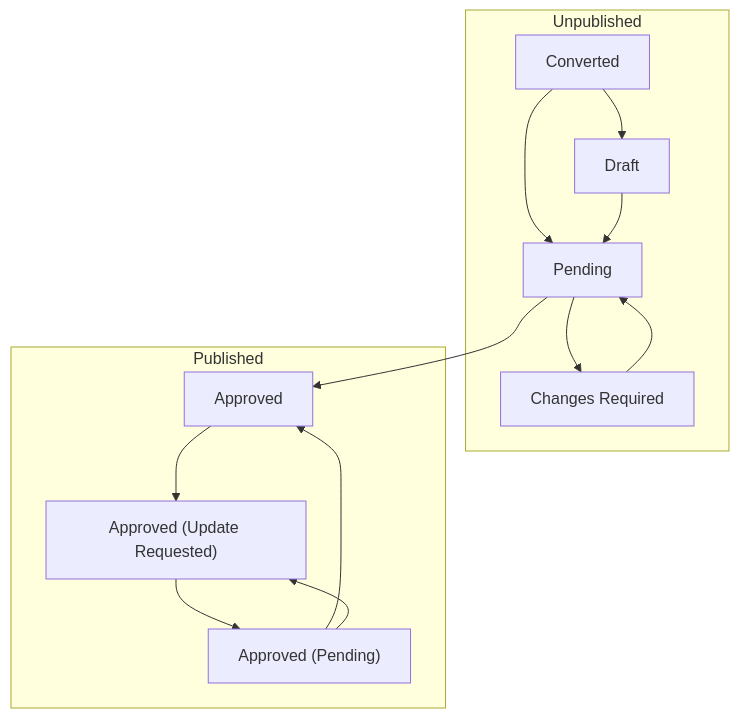
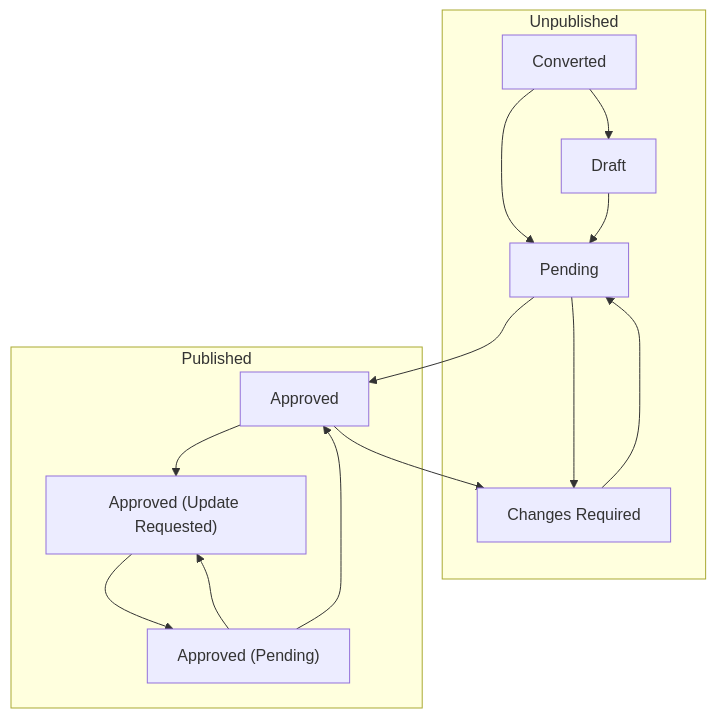
The diagram in README.md (opendp/deployments-registry-data), drawn with Mermaid before and after one commit.

Commit message:
Update README.md (#127)
Slight rewiring to Mermaid

````diff
--- a/README.md
+++ b/README.md
@@ -20,15 +20,15 @@
 ```mermaid
 graph TD
     subgraph Unpublished
         Converted --> Draft
         Converted --> Pending
         Draft --> Pending
         Pending --> Changes["Changes Required"] --> Pending
     end
     subgraph Published
-        Approved --> Update["Approved (Update Requested)"] --> Repending["Approved (Pending)"] --> Approved
-        Repending --> Update
-
+        Approved --> Update["Approved (Update Requested)"] --> Repending["Approved (Pending)"] --> Update
+        Repending --> Approved
     end
     Pending --> Approved
+    Approved --> Changes
 ```
````
